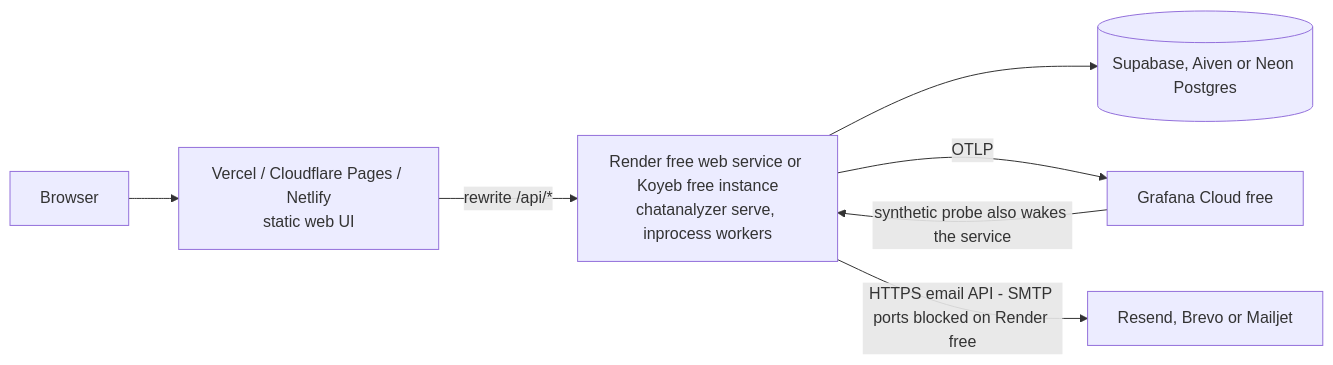
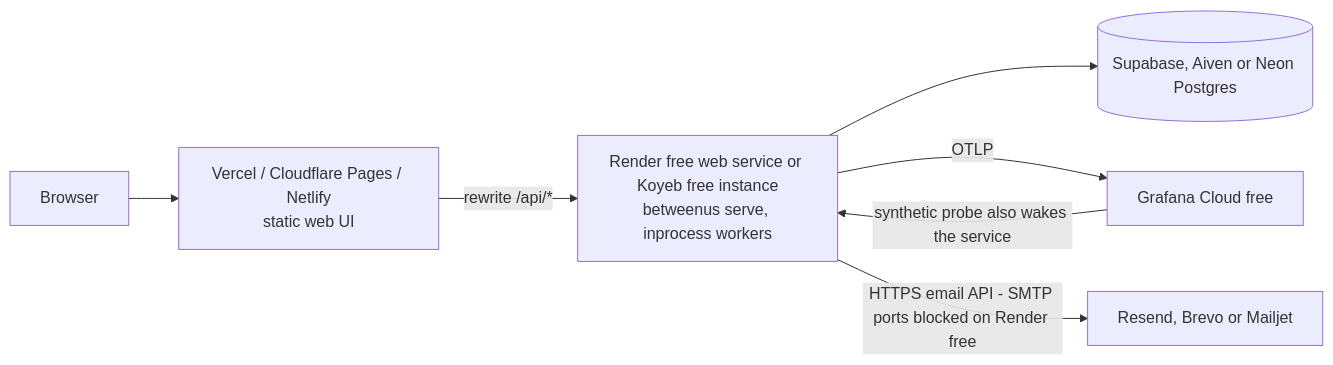
The fourth of 5 diagrams in docs/07-deployment.md (KshitijV97/between-us), drawn with Mermaid before and after one commit. The commit also changed other lines of this file and 70 other files, not shown here.

````diff
--- a/docs/07-deployment.md
+++ b/docs/07-deployment.md
@@ -191,9 +191,9 @@
 ```mermaid
 flowchart LR
     user["Browser"] --> pages["Vercel / Cloudflare Pages / Netlify<br/>static web UI"]
-    pages -->|"rewrite /api/*"| ctr["Render free web service or Koyeb free instance<br/>chatanalyzer serve, inprocess workers"]
+    pages -->|"rewrite /api/*"| ctr["Render free web service or Koyeb free instance<br/>betweenus serve, inprocess workers"]
     ctr --> db[("Supabase, Aiven or Neon Postgres")]
     ctr -->|"OTLP"| gc["Grafana Cloud free"]
     ctr -->|"HTTPS email API - SMTP ports blocked on Render free"| mail["Resend, Brevo or Mailjet"]
     gc -->|"synthetic probe also wakes the service"| ctr
 ```
````
